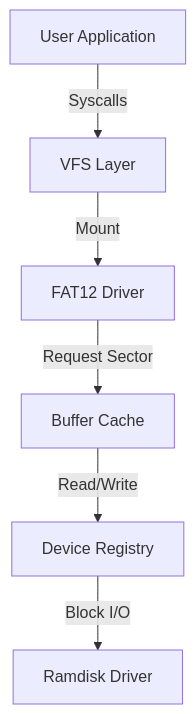
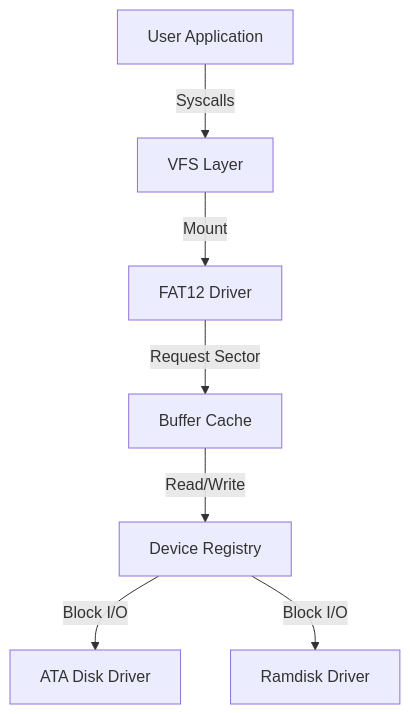
Before and after one commit to SohamTilekar/TilekarOS: the diagram in docs/kernel/filesystem.md, drawn with Mermaid. The commit also changed other lines of this file and 6 other files, not shown here.

````diff
--- a/docs/kernel/filesystem.md
+++ b/docs/kernel/filesystem.md
@@ -16,8 +16,9 @@
 ```mermaid
 graph TD
     App[User Application] -->|Syscalls| VFS[VFS Layer]
     VFS -->|Mount| FAT[FAT12 Driver]
     FAT -->|Request Sector| BC[Buffer Cache]
     BC -->|Read/Write| DEV[Device Registry]
+    DEV -->|Block I/O| ATA[ATA Disk Driver]
     DEV -->|Block I/O| RD[Ramdisk Driver]
 ```
````
